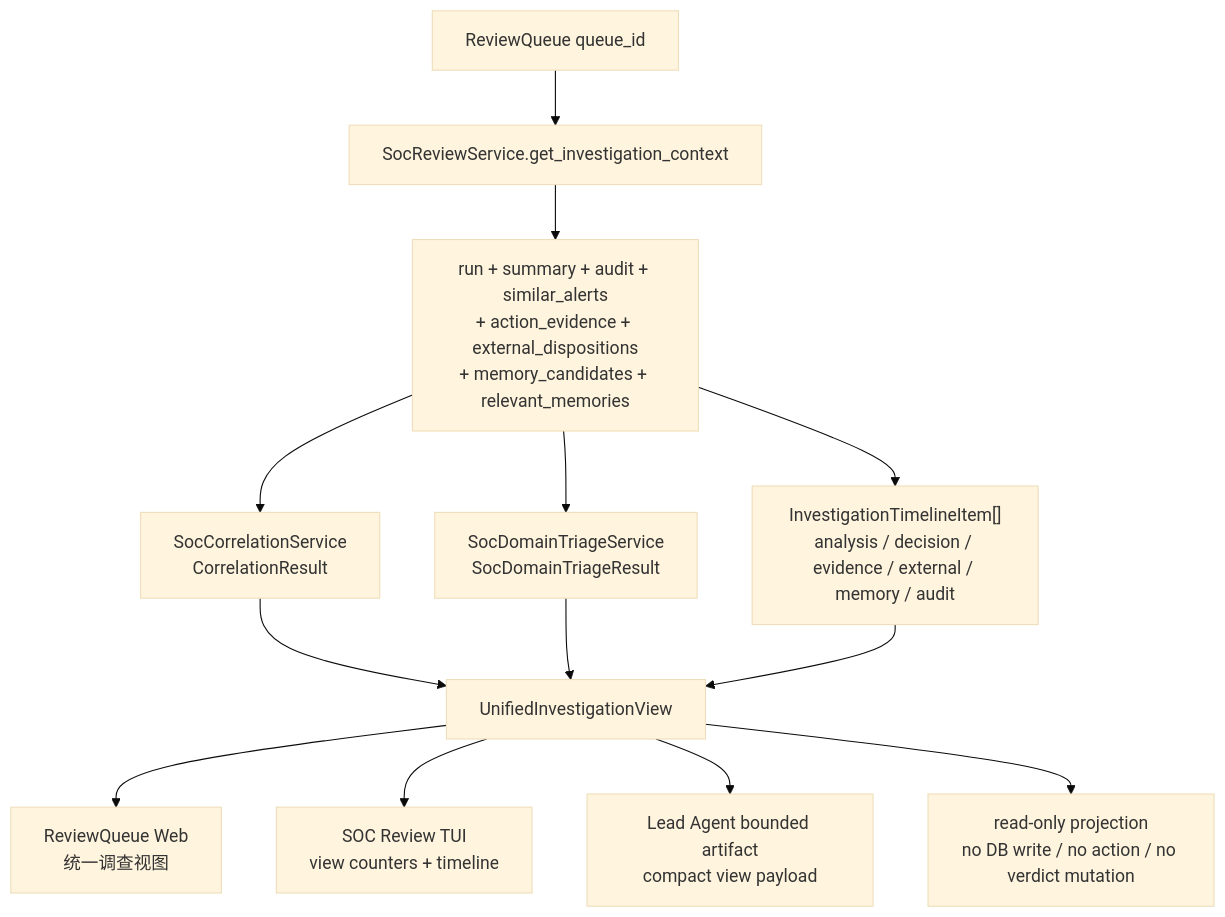
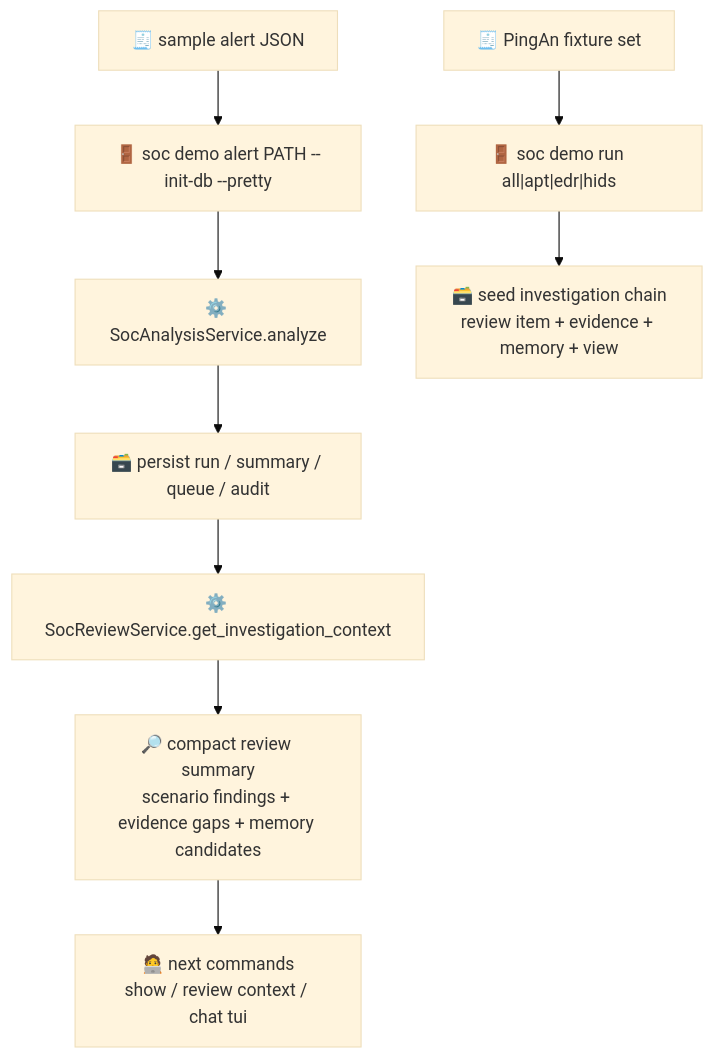
Before and after one commit to yydspanda/deer-flow: diagram 11 of 16 in .notes/ai_soc/alert-lifecycle-flow.md, drawn with Mermaid (base theme). The commit also changed other lines of this file and 23 other files, not shown here.

Commit message:
Add SOC review notes and organize AI SOC docs

````diff
--- a/.notes/ai_soc/alert-lifecycle-flow.md
+++ b/.notes/ai_soc/alert-lifecycle-flow.md
@@ -265,15 +426,12 @@
 ```mermaid
 flowchart TD
-    Queue["ReviewQueue queue_id"] --> ReviewService["SocReviewService.get_investigation_context"]
-    ReviewService --> Base["run + summary + audit + similar_alerts\n+ action_evidence + external_dispositions\n+ memory_candidates + relevant_memories"]
-    Base --> Correlation["SocCorrelationService\nCorrelationResult"]
-    Base --> Domain["SocDomainTriageService\nSocDomainTriageResult"]
-    Base --> Timeline["InvestigationTimelineItem[]\nanalysis / decision / evidence / external / memory / audit"]
-    Correlation --> View["UnifiedInvestigationView"]
-    Domain --> View
-    Timeline --> View
-    View --> Web["ReviewQueue Web\n统一调查视图"]
-    View --> TUI["SOC Review TUI\nview counters + timeline"]
-    View --> Lead["Lead Agent bounded artifact\ncompact view payload"]
-    View --> NoWrite["read-only projection\nno DB write / no action / no verdict mutation"]
+    A["🧾 sample alert JSON"] --> B["🚪 soc demo alert PATH --init-db --pretty"]
+    B --> C["⚙️ SocAnalysisService.analyze"]
+    C --> D["🗃️ persist run / summary / queue / audit"]
+    D --> E["⚙️ SocReviewService.get_investigation_context"]
+    E --> F["🔎 compact review summary<br/>scenario findings + evidence gaps + memory candidates"]
+    F --> G["🧑‍💻 next commands<br/>show / review context / chat tui"]
+
+    H["🧾 PingAn fixture set"] --> I["🚪 soc demo run all|apt|edr|hids"]
+    I --> J["🗃️ seed investigation chain<br/>review item + evidence + memory + view"]
 ```
````
